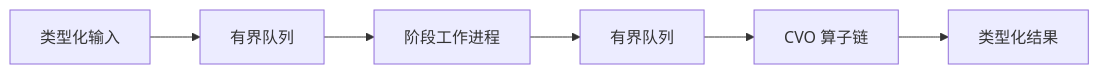
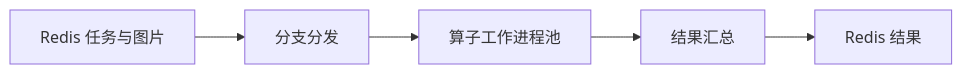
The diagram in README.zh-CN.md (handsomeOTTO/streamforge), drawn with Mermaid before and after one commit. The commit also changed other lines of this file and 1 other file, not shown here.

Commit message:
docs: rewrite README around project usage and architecture

````diff
--- a/README.zh-CN.md
+++ b/README.zh-CN.md
@@ -139,8 +22,7 @@
 ```mermaid
 flowchart LR
-    In[类型化输入] --> Q1[有界队列]
-    Q1 --> S1[阶段工作进程]
-    S1 --> Q2[有界队列]
-    Q2 --> CVO[CVO 算子链]
-    CVO --> Out[类型化结果]
+    Input[Redis 任务与图片] --> Dispatch[分支分发]
+    Dispatch --> Workers[算子工作进程池]
+    Workers --> Aggregate[结果汇总]
+    Aggregate --> Output[Redis 结果]
 ```
````
